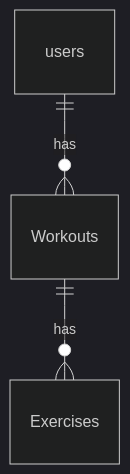
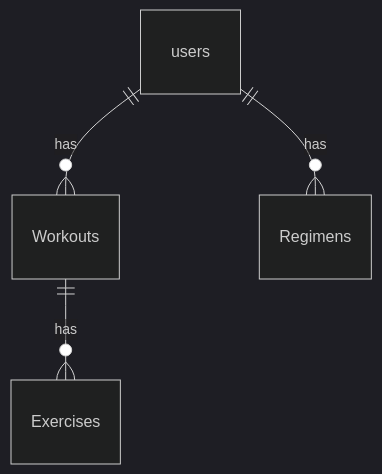
Before and after one commit to larrytao05/nhatvibecoders: the diagram in backend/DATABASE_SPEC.md, drawn with Mermaid (dark theme). The commit also changed other lines of this file, not shown here.

````diff
--- a/backend/DATABASE_SPEC.md
+++ b/backend/DATABASE_SPEC.md
@@ -75,5 +101,6 @@
 ```mermaid
 erDiagram
   users ||--o{ Workouts : has
   Workouts ||--o{ Exercises : has
+  users ||--o{ Regimens : has
 ```
````
